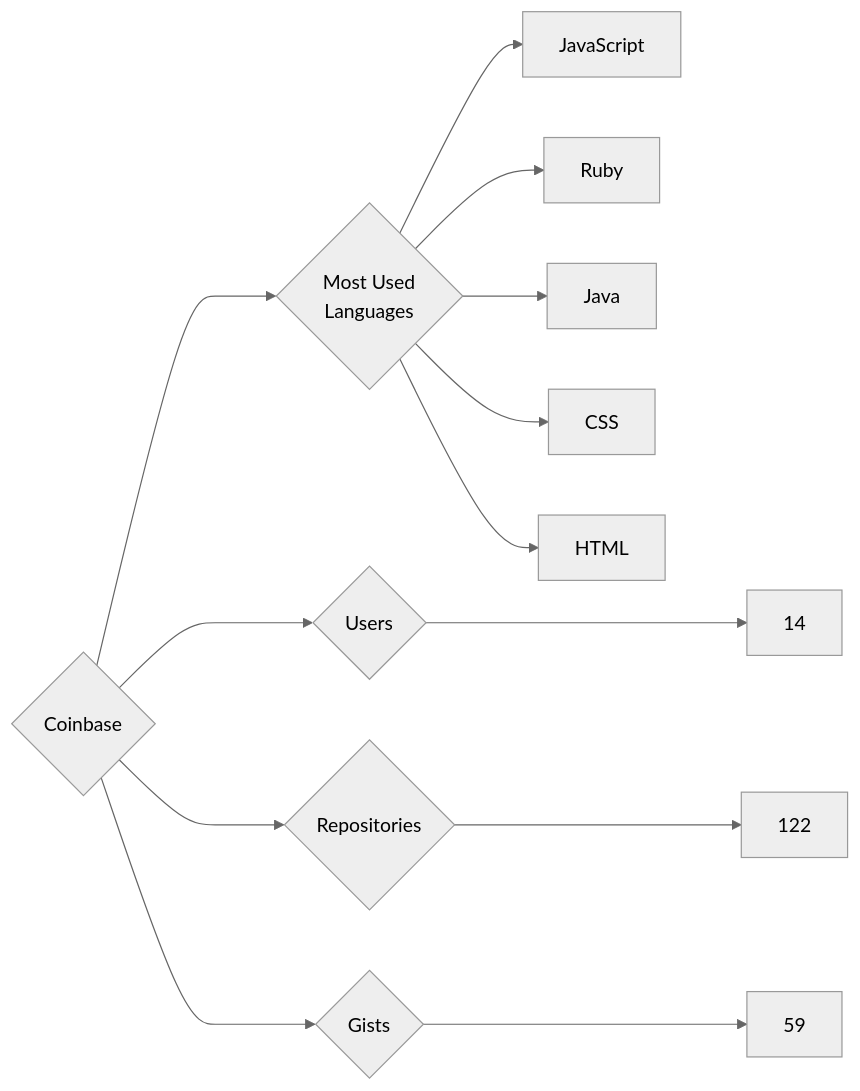
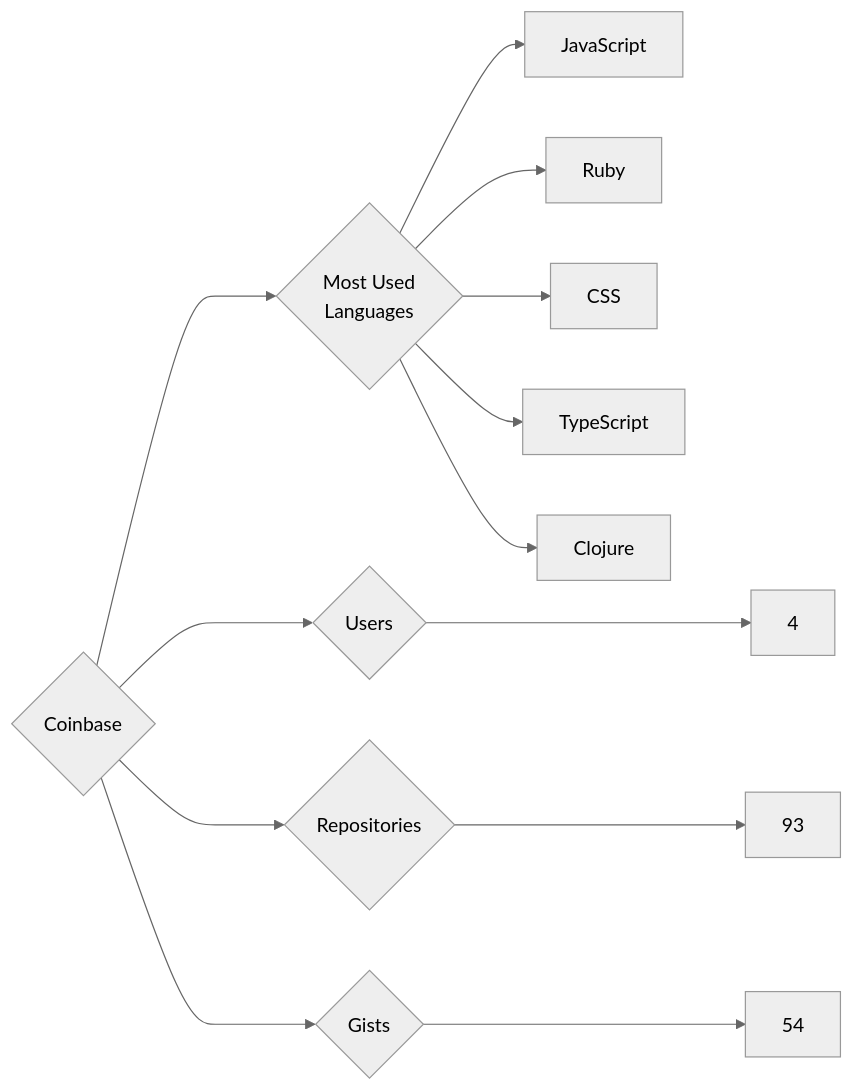
The diagram in targets/Coinbase/README.md (trickest/insiders), drawn with Mermaid (neutral theme) before and after one commit. The commit also changed 715 other files, not shown here.

````diff
--- a/targets/Coinbase/README.md
+++ b/targets/Coinbase/README.md
@@ -3,13 +3,13 @@
 ```mermaid
 graph LR
 COMPANY_NAME{Coinbase}
-COMPANY_NAME ---> U{Users} ---> UN[14]
-COMPANY_NAME ---> R{Repositories} ---> RN[122]
-COMPANY_NAME ---> G{Gists} ---> GN[59]
+COMPANY_NAME ---> U{Users} ---> UN[4]
+COMPANY_NAME ---> R{Repositories} ---> RN[93]
+COMPANY_NAME ---> G{Gists} ---> GN[54]
 COMPANY_NAME ---> ML{Most Used<br>Languages}
 ML --> JavaScript[JavaScript]
 ML --> Ruby[Ruby]
-ML --> Java[Java]
 ML --> CSS[CSS]
-ML --> HTML[HTML]
+ML --> TypeScript[TypeScript]
+ML --> Clojure[Clojure]
 ```
````
